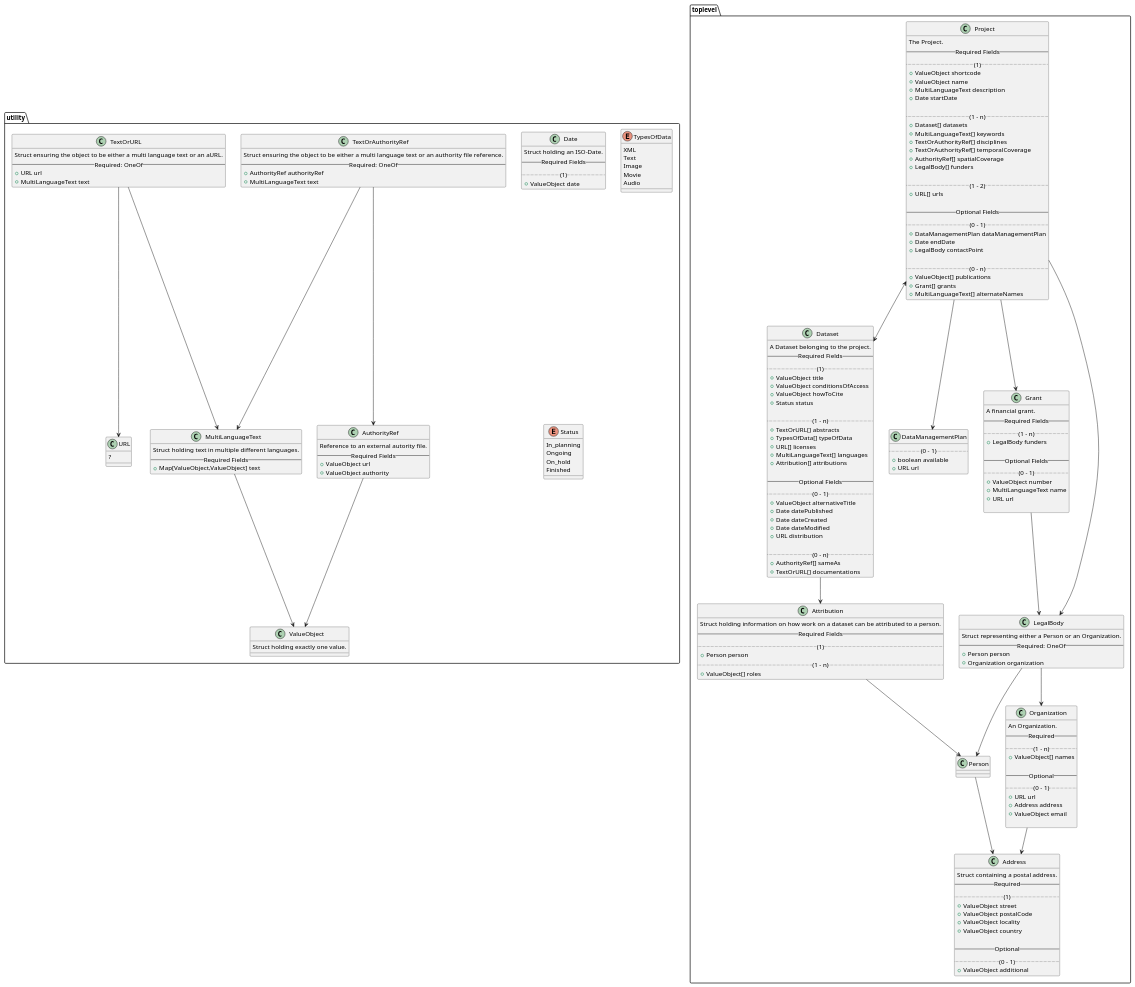
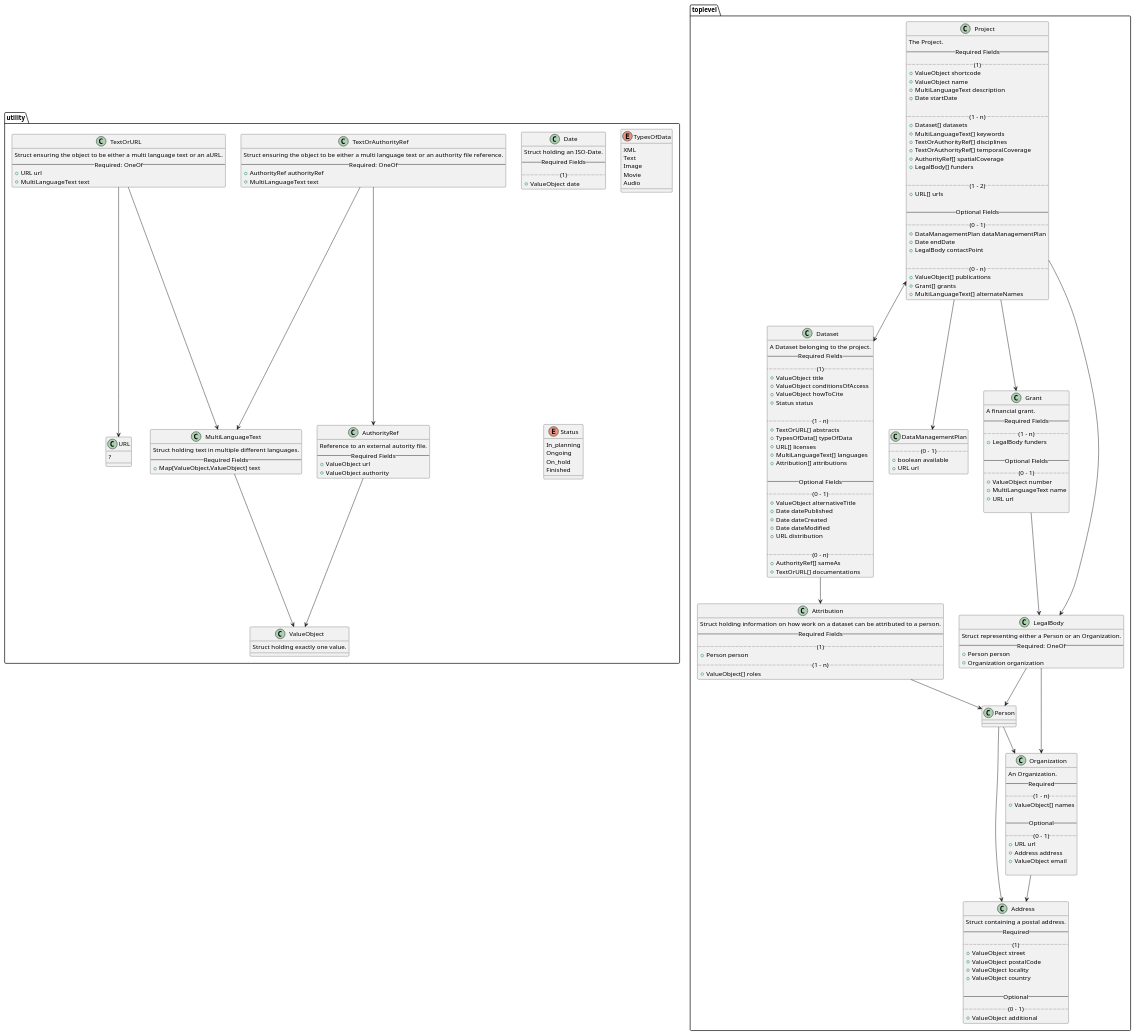
Before and after one commit to dasch-swiss/dasch-service-platform: the diagram in docs/services/metadata/domain-entities.puml, drawn with PlantUML. The commit also changed 5 other files, not shown here.

```diff
--- a/docs/services/metadata/domain-entities.puml
+++ b/docs/services/metadata/domain-entities.puml
@@ -1,7 +1,9 @@
 @startuml Domain Entities
 package toplevel {
+  ' TODO: add ID and type to each toplevel class
 
   class Project {
+    ' TODO: does project need a "how to cite" too?
     The Project.
     -- Required Fields --
     .. (1) ..
@@ -41,6 +43,7 @@
     .. (1) ..
     +ValueObject title
     +ValueObject conditionsOfAccess
+    ' TODO: rename to accessConditions?
     +ValueObject howToCite
     +Status status
 
@@ -218,6 +221,7 @@
 Grant --> LegalBody
 LegalBody --> Person
 LegalBody --> Organization
+Person --> Organization
 Person --> Address
 Organization --> Address
 TextOrAuthorityRef --> MultiLanguageText
```
